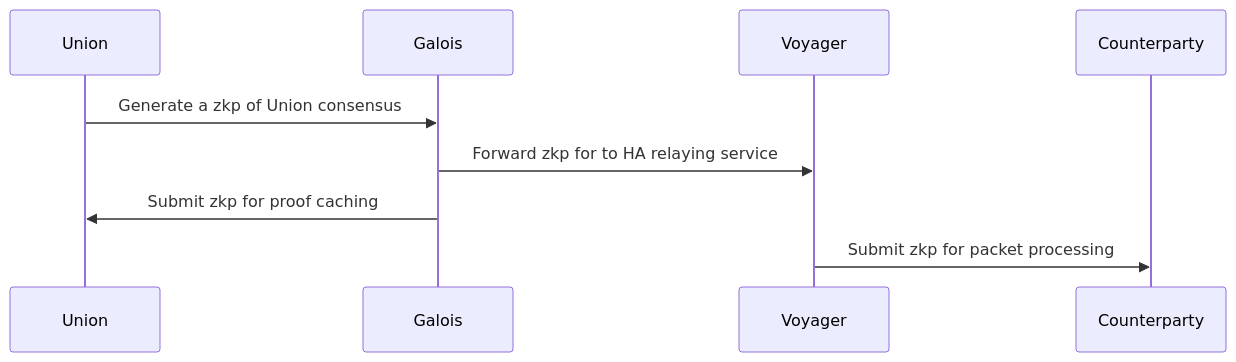
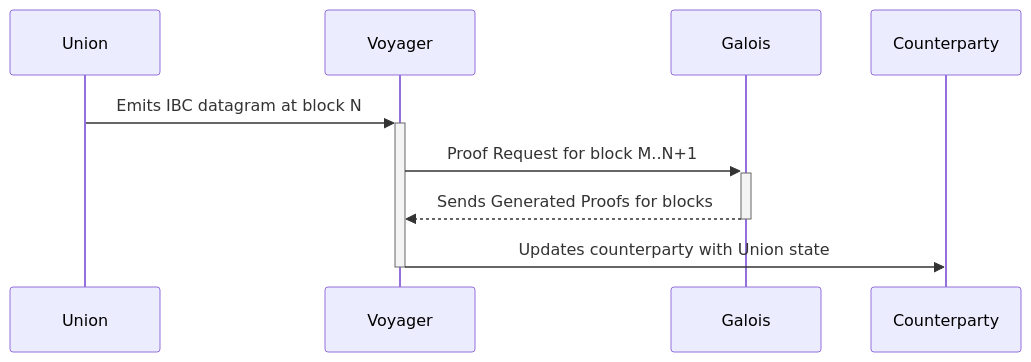
One commit to unionlabs/union changed the diagram in docs/docs/02_architecture/galois.md. Above: the diagram before and after it, drawn with Mermaid. The commit also changed other lines of this file and 1 other file, not shown here.

First line of the commit message:
docs: update galois architecture docs (#745)

````diff
--- a/docs/docs/02_architecture/galois.md
+++ b/docs/docs/02_architecture/galois.md
@@ -17,7 +21,7 @@
 ```mermaid
 sequenceDiagram
-    Union->>Galois: Generate a zkp of Union consensus
-    Galois->>Voyager: Forward zkp for to HA relaying service
-    Galois->>Union: Submit zkp for proof caching
-    Voyager->>Counterparty: Submit zkp for packet processing
+    Union->>+Voyager: Emits IBC datagram at block N
+    Voyager->>+Galois: Proof Request for block M..N+1
+    Galois-->>-Voyager: Sends Generated Proofs for blocks
+    Voyager->>-Counterparty: Updates counterparty with Union state
 ```
````
